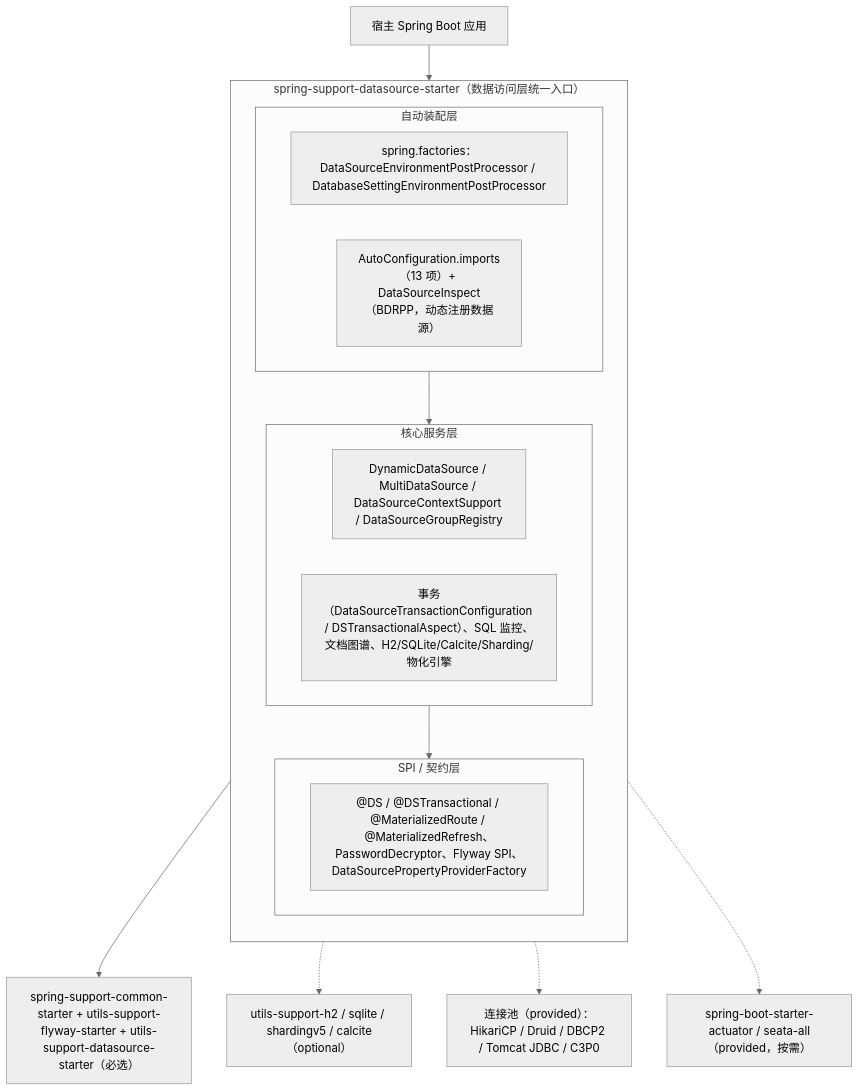
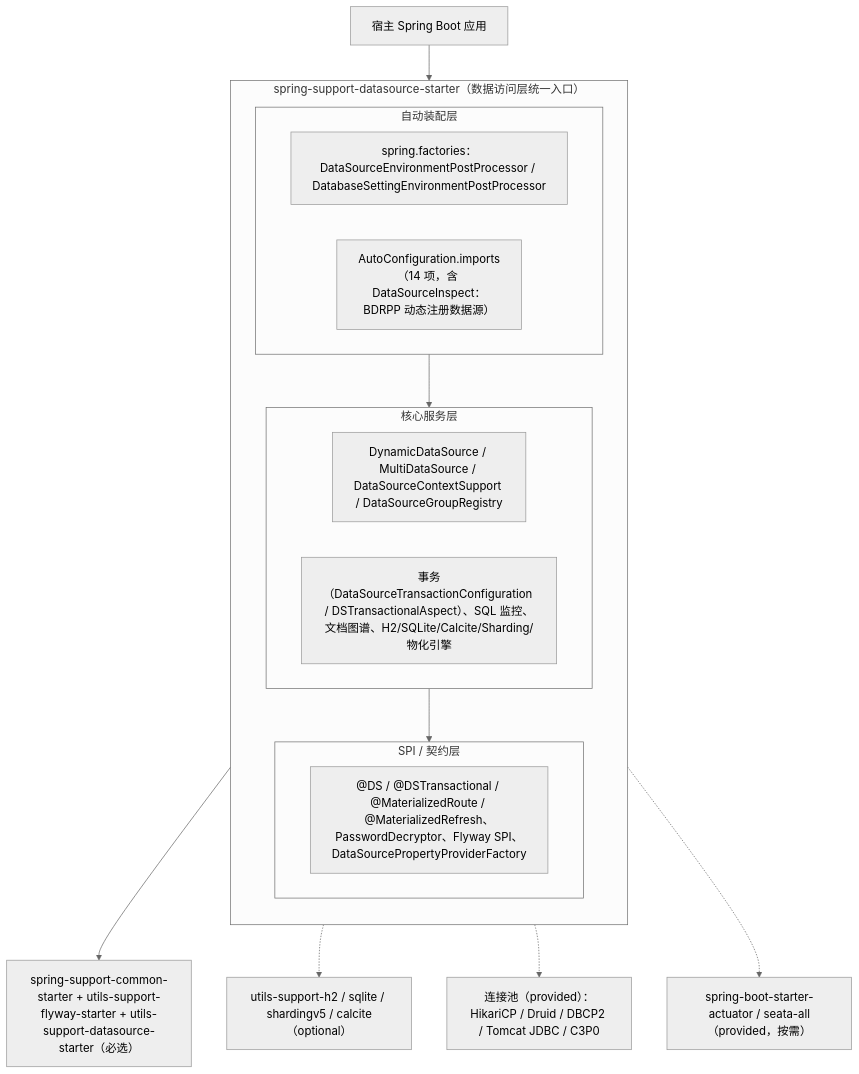
The first of 2 diagrams in spring-support-datasource-starter/README.md (CHTK001/spring-support-parent-starter), drawn with Mermaid (neutral theme) before and after one commit. The commit also changed other lines of this file and 72 other files, not shown here.

````diff
--- a/spring-support-datasource-starter/README.md
+++ b/spring-support-datasource-starter/README.md
@@ -14,28 +14,28 @@
 ```mermaid
 flowchart TB
     APP["宿主 Spring Boot 应用"]
     subgraph MOD["spring-support-datasource-starter（数据访问层统一入口）"]
         direction TB
         subgraph L1["自动装配层"]
             EPP["spring.factories：DataSourceEnvironmentPostProcessor / DatabaseSettingEnvironmentPostProcessor"]
-            IMP["AutoConfiguration.imports（13 项）+ DataSourceInspect（BDRPP，动态注册数据源）"]
+            IMP["AutoConfiguration.imports（14 项，含 DataSourceInspect：BDRPP 动态注册数据源）"]
         end
         subgraph L2["核心服务层"]
             DYN["DynamicDataSource / MultiDataSource / DataSourceContextSupport / DataSourceGroupRegistry"]
             SVC["事务（DataSourceTransactionConfiguration / DSTransactionalAspect）、SQL 监控、文档图谱、H2/SQLite/Calcite/Sharding/物化引擎"]
         end
         subgraph L3["SPI / 契约层"]
             SPI["@DS / @DSTransactional / @MaterializedRoute / @MaterializedRefresh、PasswordDecryptor、Flyway SPI、DataSourcePropertyProviderFactory"]
         end
         L1 --> L2 --> L3
     end
     COMMON["spring-support-common-starter + utils-support-flyway-starter + utils-support-datasource-starter（必选）"]
     OPT["utils-support-h2 / sqlite / shardingv5 / calcite（optional）"]
     POOL["连接池（provided）：HikariCP / Druid / DBCP2 / Tomcat JDBC / C3P0"]
     ACT["spring-boot-starter-actuator / seata-all（provided，按需）"]
     APP --> MOD
     MOD --> COMMON
     MOD -.-> OPT
     MOD -.-> POOL
     MOD -.-> ACT
 ```
````
